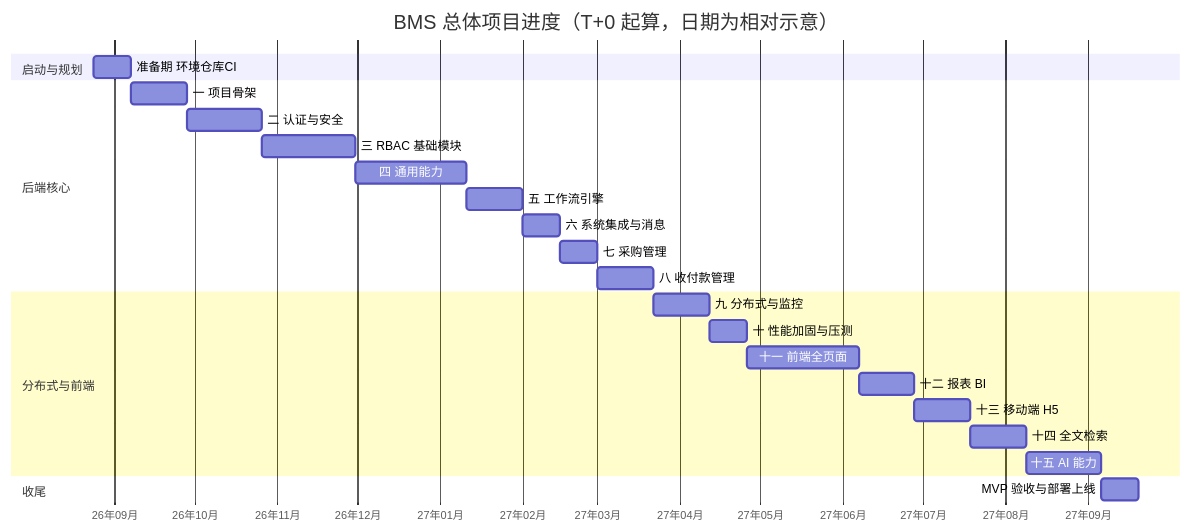
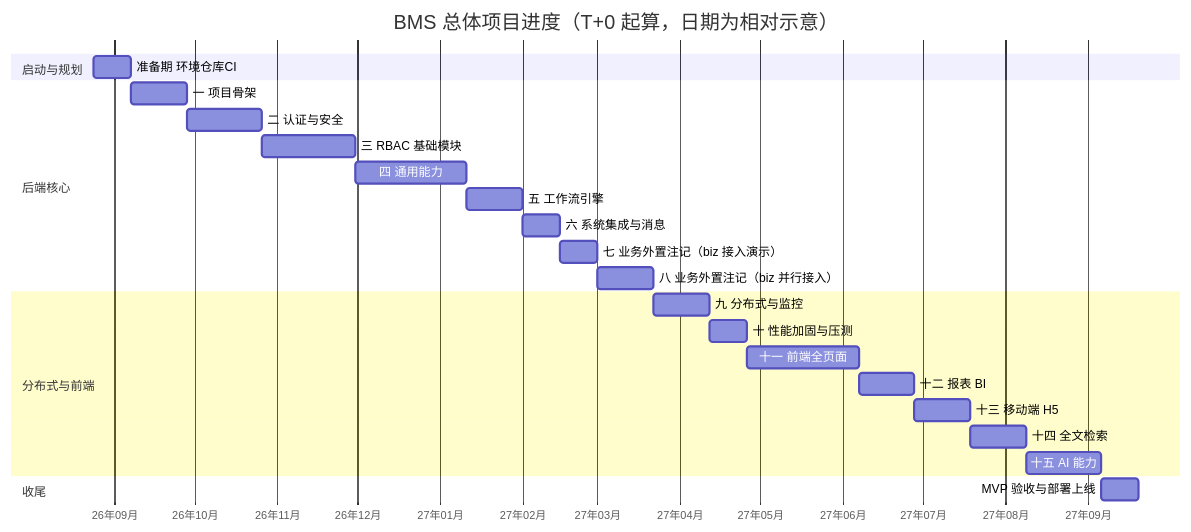
One commit to minjian123/basic-management-system changed the second of 2 diagrams in 文档/规划/总体项目规划.md. Above: the diagram before and after it, drawn with Mermaid. The commit also changed other lines of this file and 5 other files, not shown here.

````diff
--- a/文档/规划/总体项目规划.md
+++ b/文档/规划/总体项目规划.md
@@ -181,28 +181,28 @@
 ```mermaid
 gantt
     title BMS 总体项目进度（T+0 起算，日期为相对示意）
     dateFormat  YYYY-MM-DD
     axisFormat  %y年%m月
     tickInterval 1month
     section 启动与规划
     准备期 环境仓库CI        :a0, 2026-08-24, 2w
     section 后端核心
     一 项目骨架              :a1, after a0, 3w
     二 认证与安全            :a2, after a1, 4w
     三 RBAC 基础模块         :a3, after a2, 5w
     四 通用能力              :a4, after a3, 6w
     五 工作流引擎            :a5, after a4, 3w
     六 系统集成与消息        :a6, after a5, 2w
-    七 采购管理              :a7, after a6, 2w
-    八 收付款管理            :a8, after a7, 3w
+    七 业务外置注记（biz 接入演示）  :a7, after a6, 2w
+    八 业务外置注记（biz 并行接入）  :a8, after a7, 3w
     section 分布式与前端
     九 分布式与监控          :a9, after a8, 3w
     十 性能加固与压测        :a10, after a9, 2w
     十一 前端全页面          :a11, after a10, 6w
     十二 报表 BI             :a12, after a11, 3w
     十三 移动端 H5           :a13, after a12, 3w
     十四 全文检索            :a14, after a13, 3w
     十五 AI 能力             :a15, after a14, 4w
     section 收尾
     MVP 验收与部署上线       :a16, after a15, 2w
 ```
````
